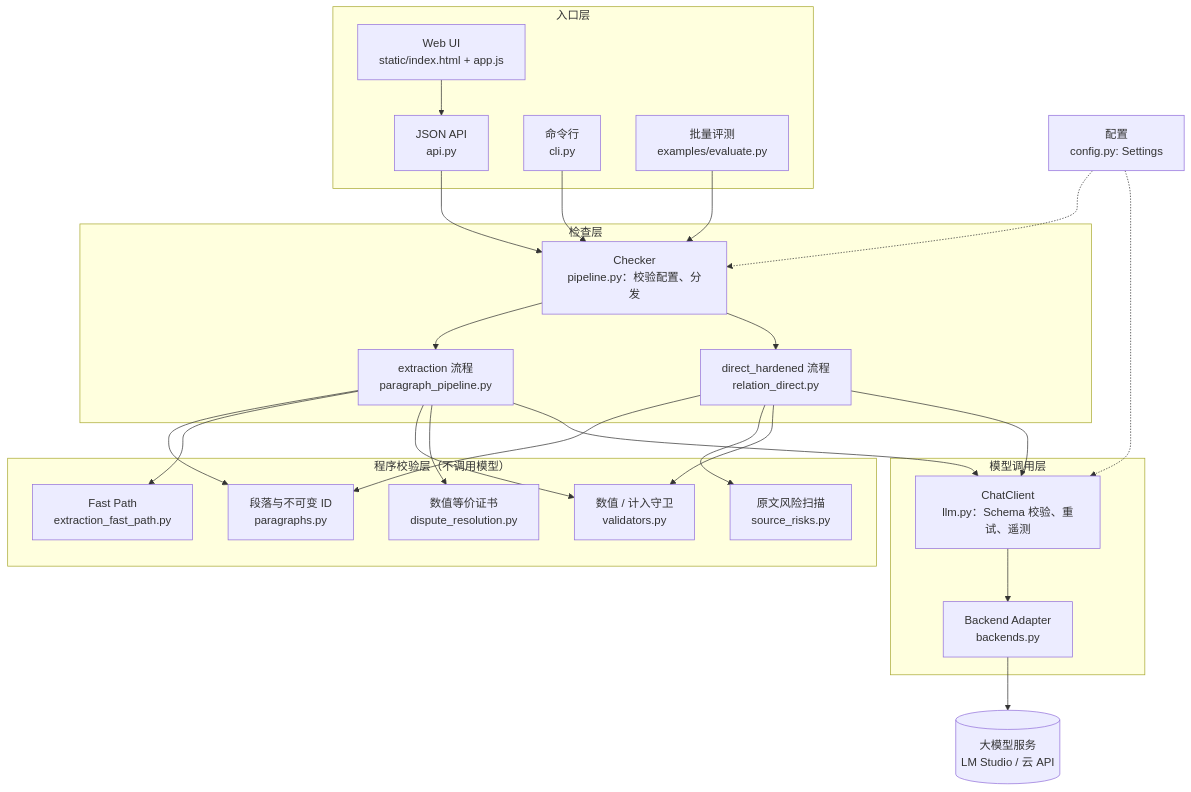
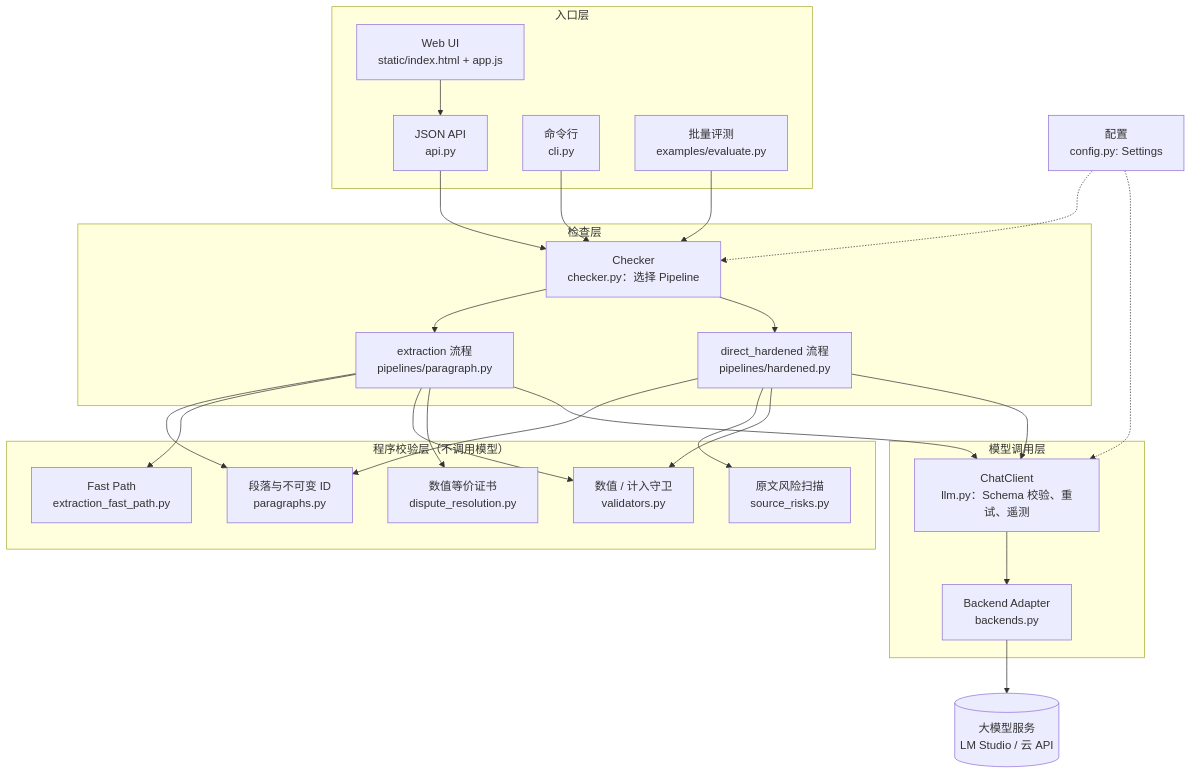
The first of 5 diagrams in docs/architecture.md (beijingrice/semantic-harness), drawn with Mermaid before and after one commit. The commit also changed other lines of this file and 3 other files, not shown here.

````diff
--- a/docs/architecture.md
+++ b/docs/architecture.md
@@ -158,46 +158,46 @@
 ```mermaid
 flowchart TB
     subgraph 入口层
         WEB["Web UI<br/>static/index.html + app.js"]
         API["JSON API<br/>api.py"]
         CLI["命令行<br/>cli.py"]
         EVAL["批量评测<br/>examples/evaluate.py"]
     end
 
     CFG["配置<br/>config.py: Settings"]
 
     subgraph 检查层
-        CHK["Checker<br/>pipeline.py：校验配置、分发"]
-        EXT["extraction 流程<br/>paragraph_pipeline.py"]
-        DIR["direct_hardened 流程<br/>relation_direct.py"]
+        CHK["Checker<br/>checker.py：选择 Pipeline"]
+        EXT["extraction 流程<br/>pipelines/paragraph.py"]
+        DIR["direct_hardened 流程<br/>pipelines/hardened.py"]
     end
 
     subgraph 程序校验层["程序校验层（不调用模型）"]
         PAR["段落与不可变 ID<br/>paragraphs.py"]
         FAST["Fast Path<br/>extraction_fast_path.py"]
         VAL["数值 / 计入守卫<br/>validators.py"]
         DIS["数值等价证书<br/>dispute_resolution.py"]
         RISK["原文风险扫描<br/>source_risks.py"]
     end
 
     subgraph 模型调用层
         LLM["ChatClient<br/>llm.py：Schema 校验、重试、遥测"]
         BK["Backend Adapter<br/>backends.py"]
     end
 
     MODEL[("大模型服务<br/>LM Studio / 云 API")]
 
     WEB --> API
     API --> CHK
     CLI --> CHK
     EVAL --> CHK
     CFG -.-> CHK
     CFG -.-> LLM
     CHK --> EXT
     CHK --> DIR
     EXT --> PAR & FAST & VAL & DIS
     DIR --> PAR & RISK & VAL
     EXT --> LLM
     DIR --> LLM
     LLM --> BK --> MODEL
 ```
````
